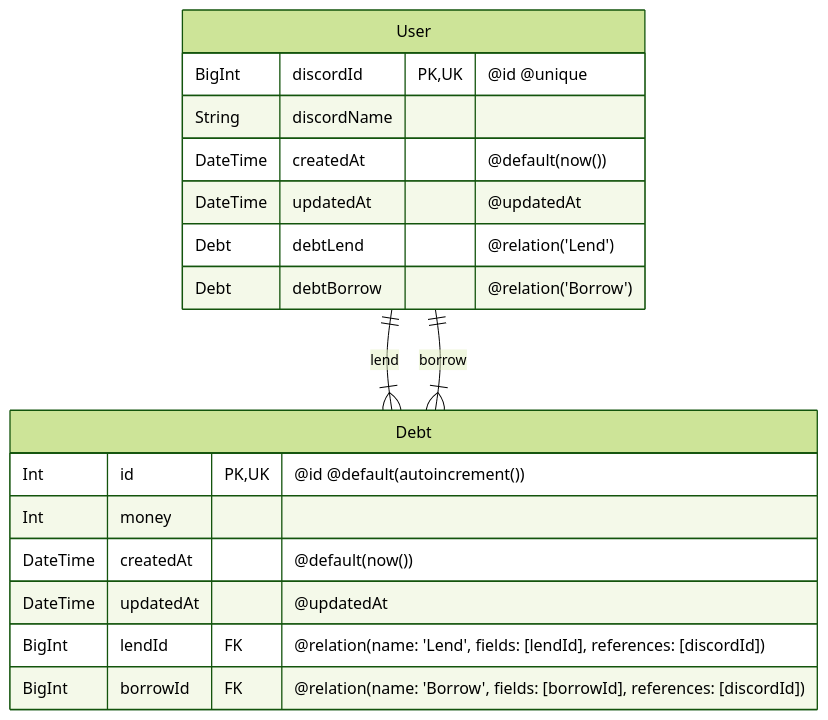
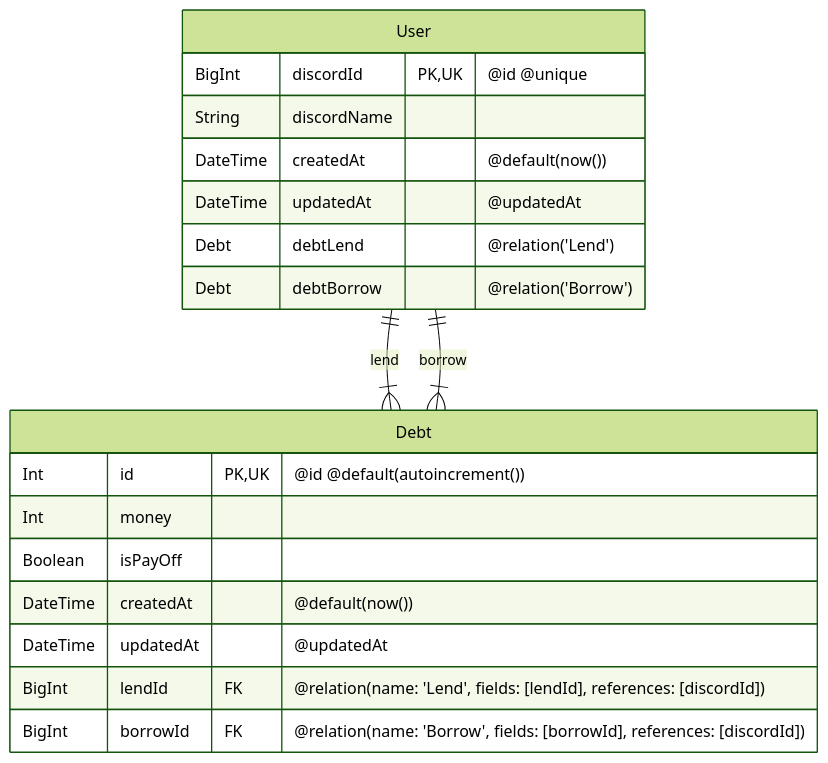
Before and after one commit to Myxogastria0808/DebtBot: the diagram in README.md, drawn with Mermaid (forest theme). The commit also changed 7 other files, not shown here.

````diff
--- a/README.md
+++ b/README.md
@@ -99,21 +99,22 @@
 ```mermaid
 erDiagram
     User ||--|{ Debt : lend
     User ||--|{ Debt : borrow
     User {
         BigInt discordId PK, UK "@id @unique"
         String discordName
         DateTime createdAt "@default(now())"
         DateTime updatedAt "@updatedAt"
         Debt debtLend "@relation('Lend')"
         Debt debtBorrow "@relation('Borrow')"
     }
     Debt {
         Int id PK, UK "@id @default(autoincrement())"
         Int money
+        Boolean isPayOff
         DateTime createdAt "@default(now())"
         DateTime updatedAt "@updatedAt"
         BigInt lendId FK "@relation(name: 'Lend', fields: [lendId], references: [discordId])"
         BigInt borrowId FK "@relation(name: 'Borrow', fields: [borrowId], references: [discordId])"
     }
 ```
````
